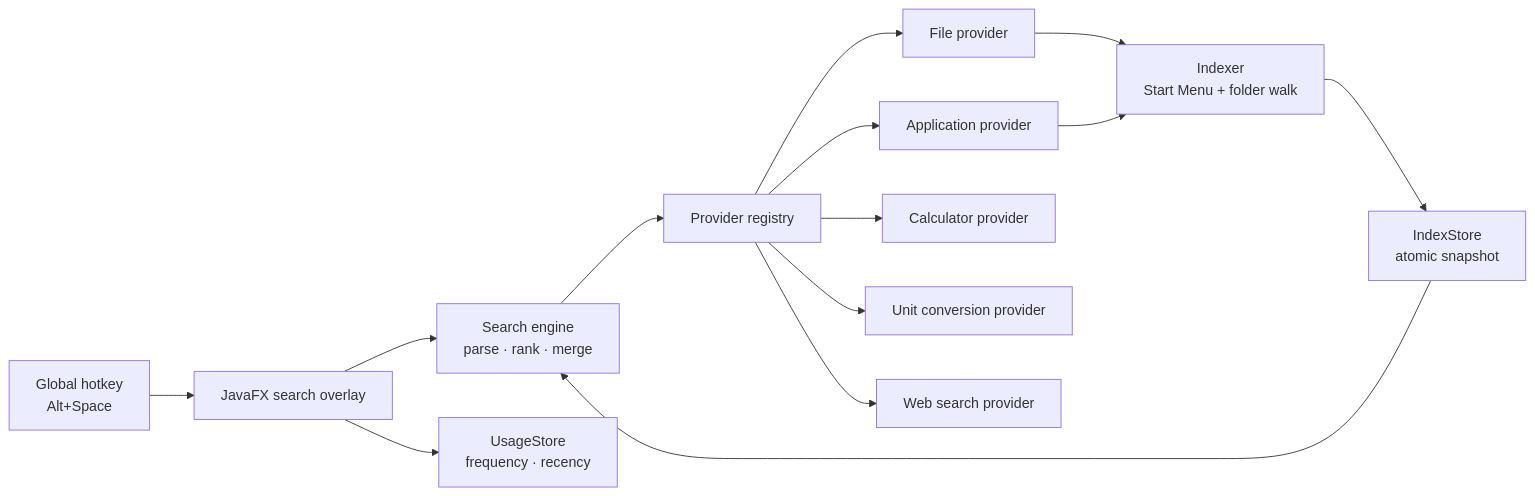
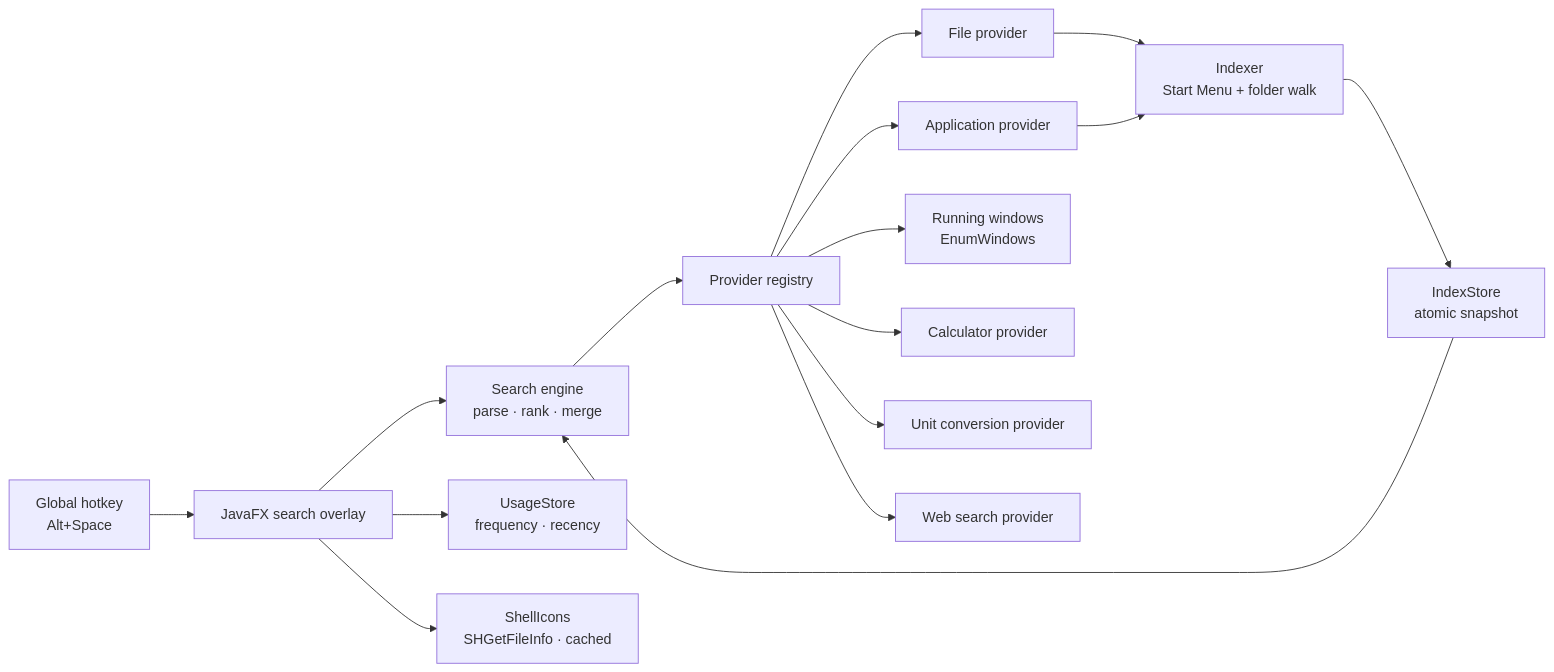
Before and after one commit to praneethkpk/Lumen: the diagram in README.md, drawn with Mermaid. The commit also changed other lines of this file and 17 other files, not shown here.

First line of the commit message:
feat: real shell icons and running-window switching

````diff
--- a/README.md
+++ b/README.md
@@ -150,16 +156,18 @@
 ```mermaid
 flowchart LR
     Hotkey["Global hotkey<br/>Alt+Space"] --> Overlay["JavaFX search overlay"]
     Overlay --> Engine["Search engine<br/>parse · rank · merge"]
     Engine --> Providers["Provider registry"]
     Providers --> Apps["Application provider"]
     Providers --> Files["File provider"]
+    Providers --> Windows["Running windows<br/>EnumWindows"]
     Providers --> Calc["Calculator provider"]
     Providers --> Units["Unit conversion provider"]
     Providers --> Web["Web search provider"]
     Files --> Indexer["Indexer<br/>Start Menu + folder walk"]
     Apps --> Indexer
     Indexer --> Store["IndexStore<br/>atomic snapshot"]
     Store --> Engine
     Overlay --> Usage["UsageStore<br/>frequency · recency"]
+    Overlay --> Icons["ShellIcons<br/>SHGetFileInfo · cached"]
 ```
````
